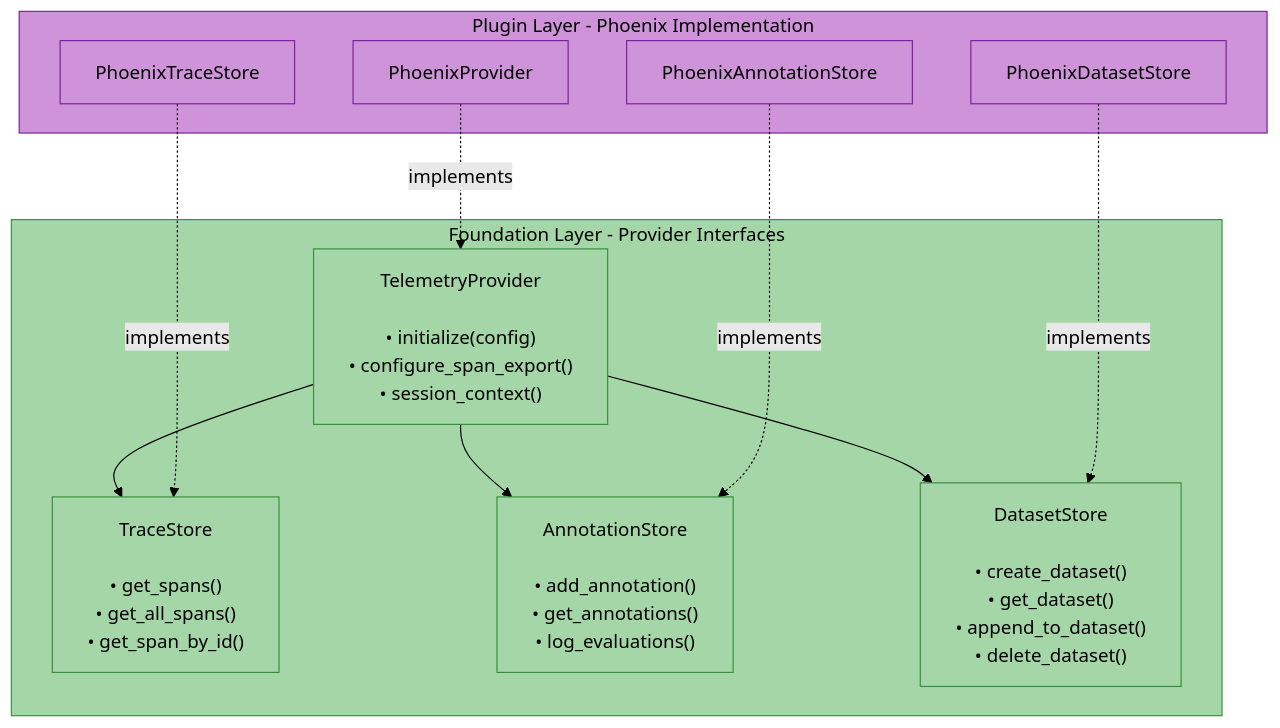
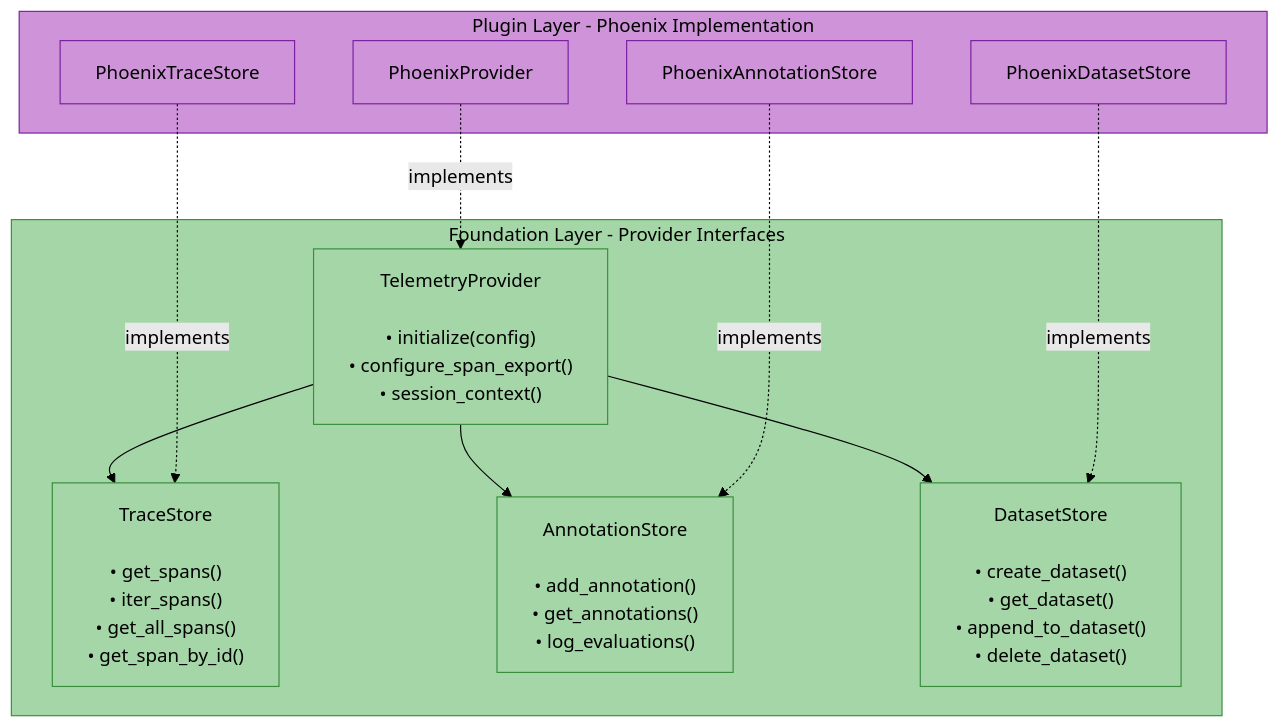
The fourth of 4 diagrams in docs/modules/telemetry.md (amit-jain/cogniverse), drawn with Mermaid (forest theme) before and after one commit. The commit also changed other lines of this file and 7 other files, not shown here.

````diff
--- a/docs/modules/telemetry.md
+++ b/docs/modules/telemetry.md
@@ -330,36 +330,36 @@
 ```mermaid
 flowchart TB
     subgraph Abstraction["<span style='color:#000'>Foundation Layer - Provider Interfaces</span>"]
         TelemetryProvider["<span style='color:#000'>TelemetryProvider<br/><br/>• initialize(config)<br/>• configure_span_export()<br/>• session_context()</span>"]
-        TraceStore["<span style='color:#000'>TraceStore<br/><br/>• get_spans()<br/>• get_all_spans()<br/>• get_span_by_id()</span>"]
+        TraceStore["<span style='color:#000'>TraceStore<br/><br/>• get_spans()<br/>• iter_spans()<br/>• get_all_spans()<br/>• get_span_by_id()</span>"]
         AnnotationStore["<span style='color:#000'>AnnotationStore<br/><br/>• add_annotation()<br/>• get_annotations()<br/>• log_evaluations()</span>"]
         DatasetStore["<span style='color:#000'>DatasetStore<br/><br/>• create_dataset()<br/>• get_dataset()<br/>• append_to_dataset()<br/>• delete_dataset()</span>"]
     end
 
     TelemetryProvider --> TraceStore
     TelemetryProvider --> AnnotationStore
     TelemetryProvider --> DatasetStore
 
     subgraph Implementation["<span style='color:#000'>Plugin Layer - Phoenix Implementation</span>"]
         PhoenixProvider["<span style='color:#000'>PhoenixProvider</span>"]
         PhoenixTraceStore["<span style='color:#000'>PhoenixTraceStore</span>"]
         PhoenixAnnotationStore["<span style='color:#000'>PhoenixAnnotationStore</span>"]
         PhoenixDatasetStore["<span style='color:#000'>PhoenixDatasetStore</span>"]
     end
 
     PhoenixProvider -.->|implements| TelemetryProvider
     PhoenixTraceStore -.->|implements| TraceStore
     PhoenixAnnotationStore -.->|implements| AnnotationStore
     PhoenixDatasetStore -.->|implements| DatasetStore
 
     style Abstraction fill:#a5d6a7,stroke:#388e3c,color:#000
     style Implementation fill:#ce93d8,stroke:#7b1fa2,color:#000
     style TelemetryProvider fill:#a5d6a7,stroke:#388e3c,color:#000
     style TraceStore fill:#a5d6a7,stroke:#388e3c,color:#000
     style AnnotationStore fill:#a5d6a7,stroke:#388e3c,color:#000
     style DatasetStore fill:#a5d6a7,stroke:#388e3c,color:#000
     style PhoenixProvider fill:#ce93d8,stroke:#7b1fa2,color:#000
     style PhoenixTraceStore fill:#ce93d8,stroke:#7b1fa2,color:#000
     style PhoenixAnnotationStore fill:#ce93d8,stroke:#7b1fa2,color:#000
     style PhoenixDatasetStore fill:#ce93d8,stroke:#7b1fa2,color:#000
 ```
````
